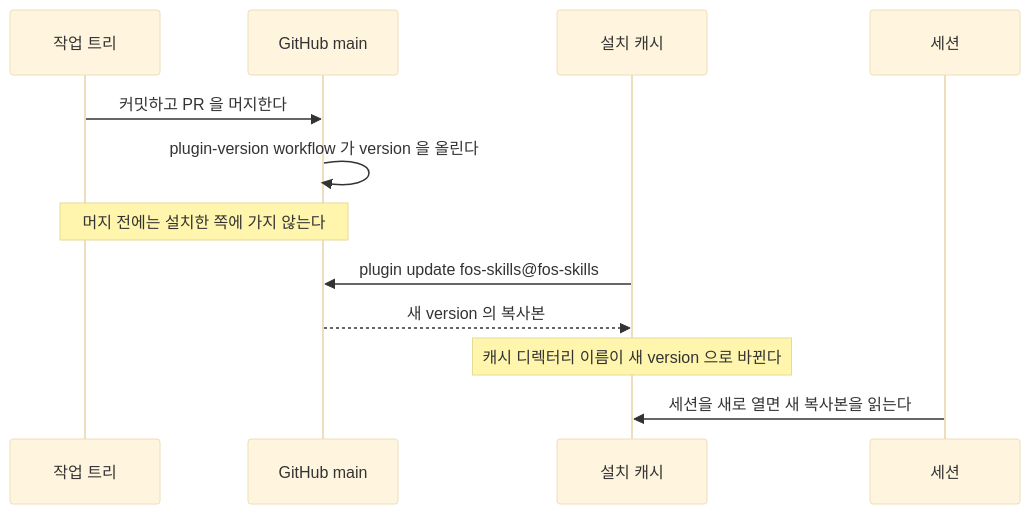
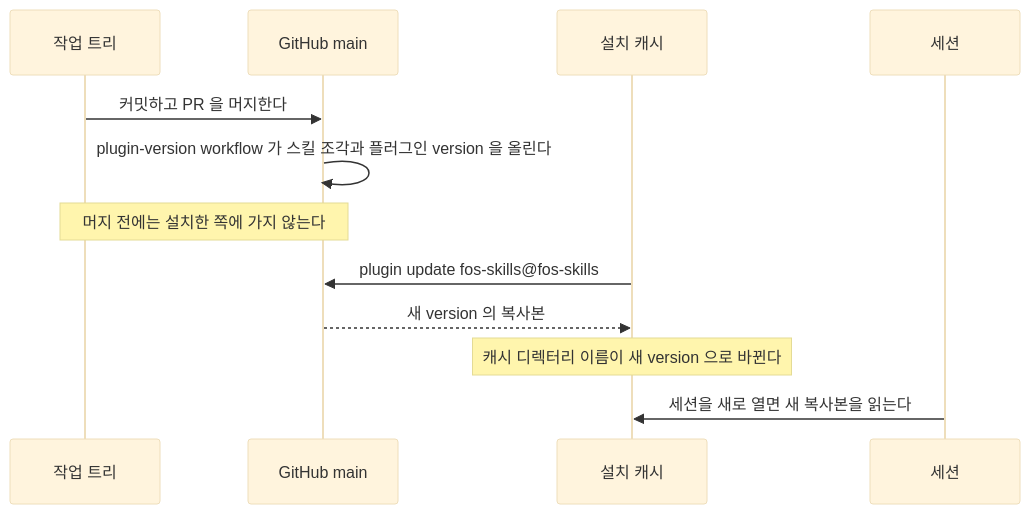
One commit to jon890/fos-skills changed the second of 8 diagrams in docs/flow.md. Above: the diagram before and after it, drawn with Mermaid (base theme). The commit also changed other lines of this file and 5 other files, not shown here.

````diff
--- a/docs/flow.md
+++ b/docs/flow.md
@@ -48,14 +48,14 @@
 ```mermaid
 sequenceDiagram
     participant W as 작업 트리
     participant G as GitHub main
     participant C as 설치 캐시
     participant S as 세션
     W->>G: 커밋하고 PR 을 머지한다
-    G->>G: plugin-version workflow 가 version 을 올린다
+    G->>G: plugin-version workflow 가 스킬 조각과 플러그인 version 을 올린다
     Note over W,G: 머지 전에는 설치한 쪽에 가지 않는다
     C->>G: plugin update fos-skills@fos-skills
     G-->>C: 새 version 의 복사본
     Note over C: 캐시 디렉터리 이름이 새 version 으로 바뀐다
     S->>C: 세션을 새로 열면 새 복사본을 읽는다
 ```
````
